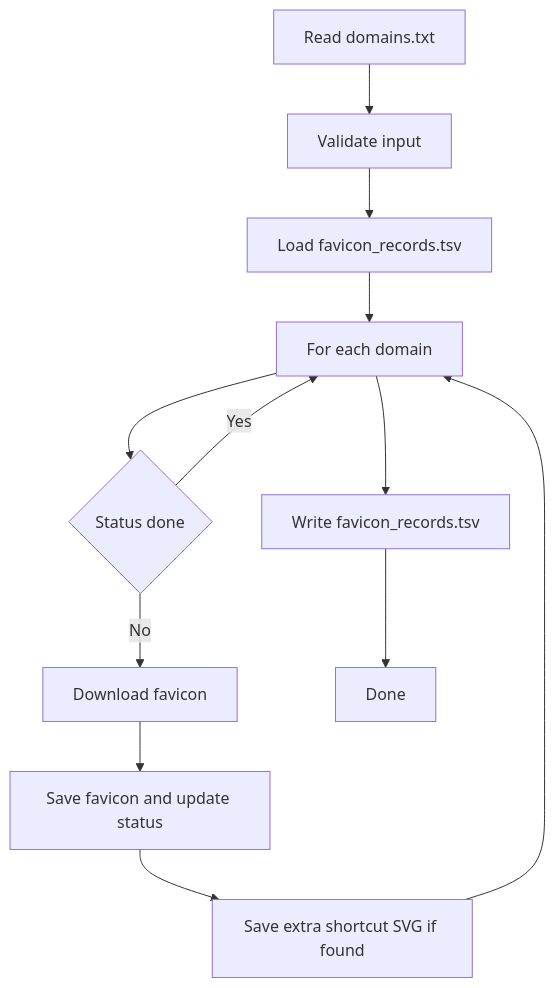
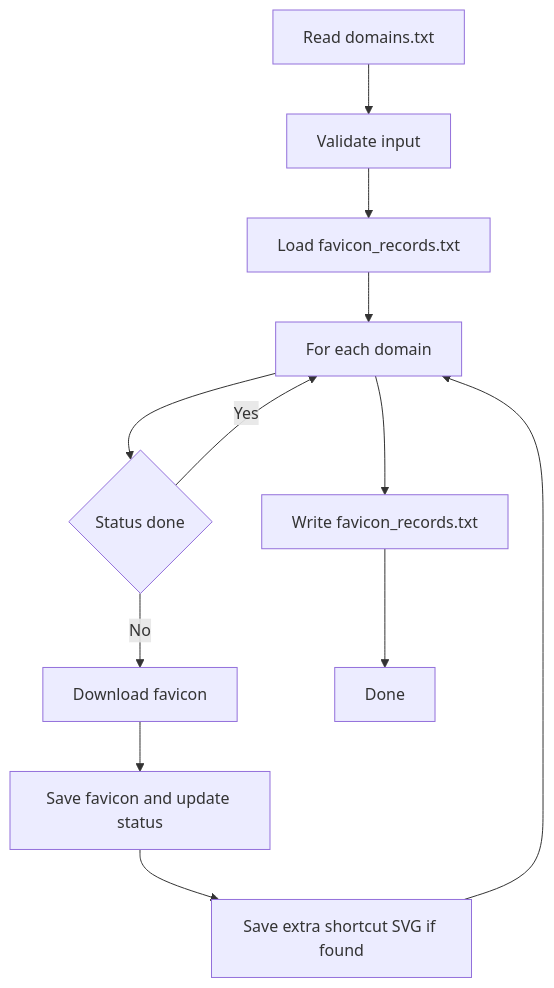
One commit to jmnote/favicons changed the diagram in README.md. Above: the diagram before and after it, drawn with Mermaid. The commit also changed other lines of this file and 196 other files, not shown here.

````diff
--- a/README.md
+++ b/README.md
@@ -63,14 +72,14 @@
 ```mermaid
 flowchart TD
     A[Read domains.txt] --> B[Validate input]
-    B --> C[Load favicon_records.tsv]
+    B --> C[Load favicon_records.txt]
     C --> D[For each domain]
     D --> E{Status done}
     E -->|Yes| D
     E -->|No| F[Download favicon]
     F --> G[Save favicon and update status]
     G --> H[Save extra shortcut SVG if found]
     H --> D
-    D --> I[Write favicon_records.tsv]
+    D --> I[Write favicon_records.txt]
     I --> J[Done]
 ```
````
